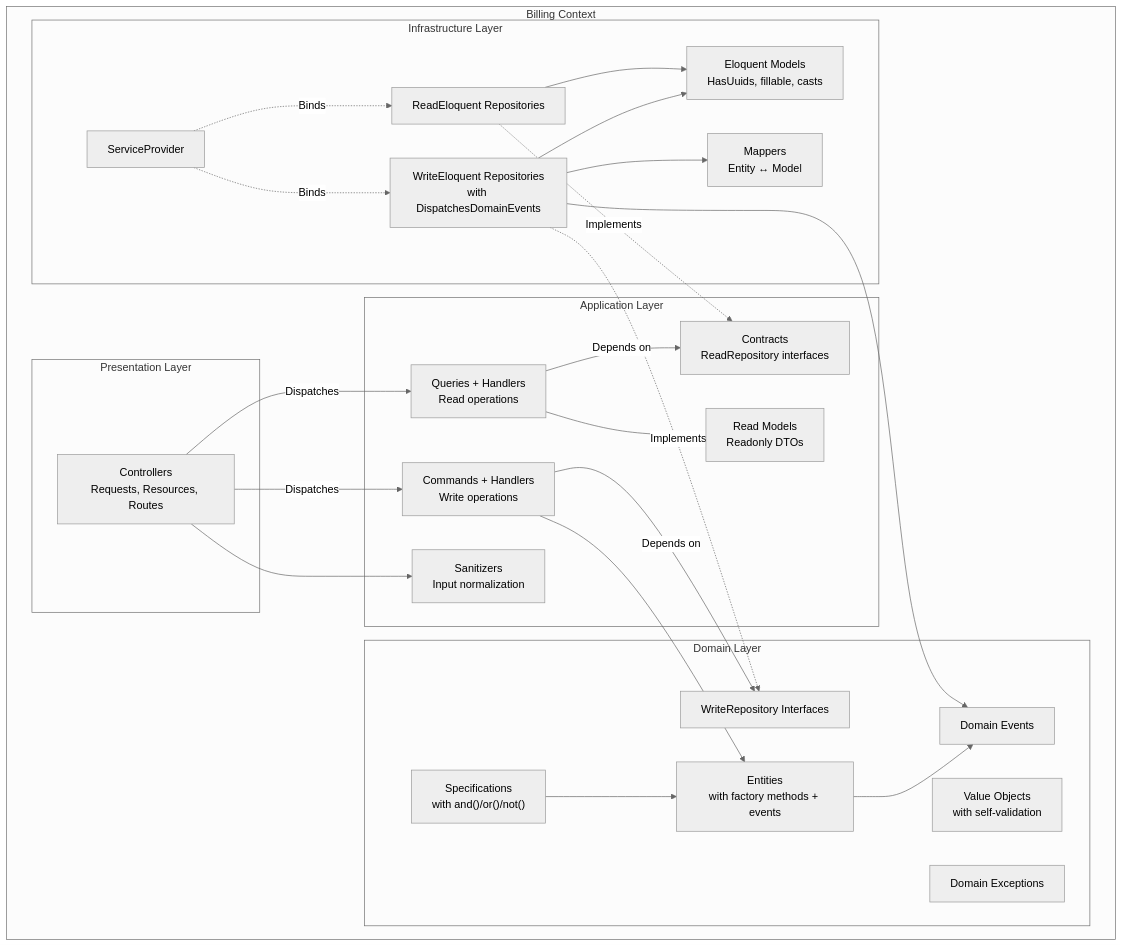
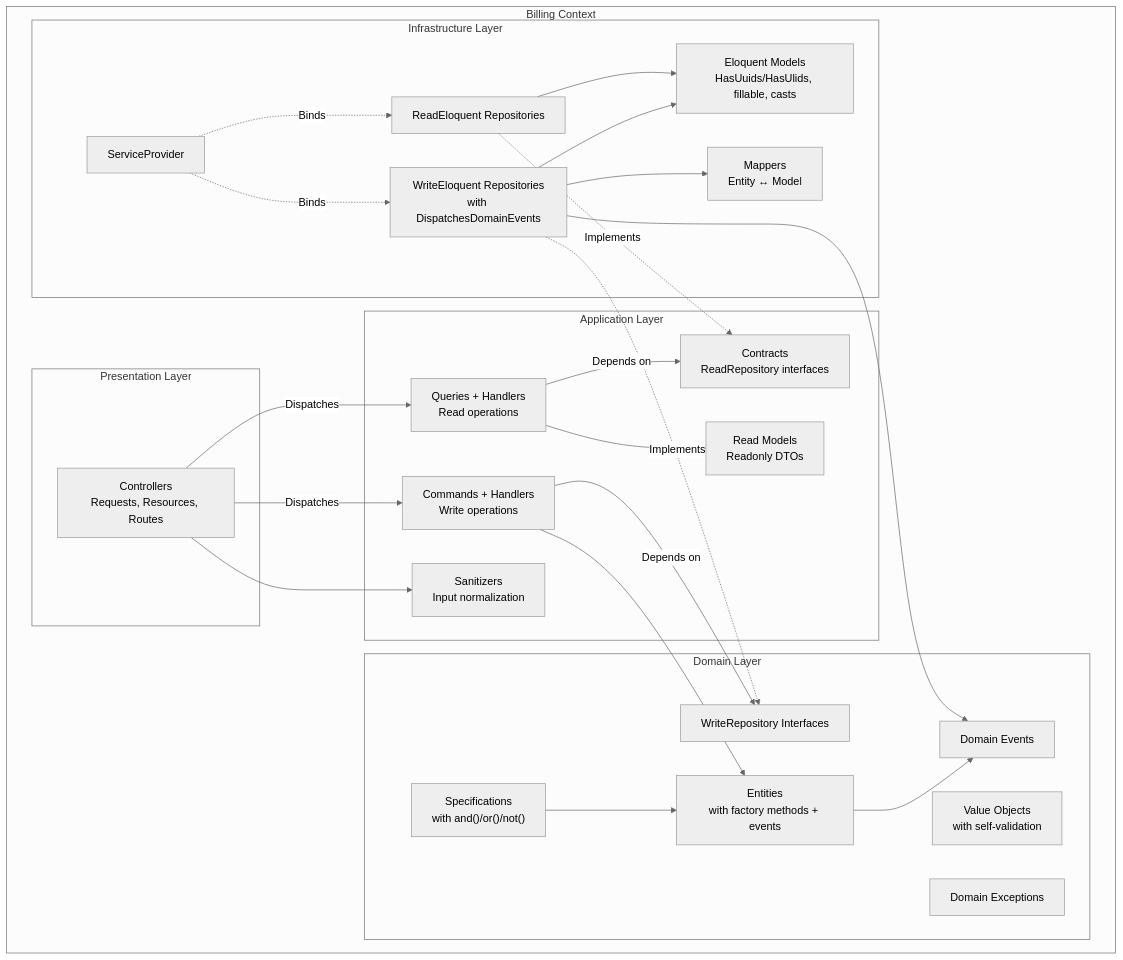
Before and after one commit to ElberCanoles/laravel-clean-architecture: the third of 4 diagrams in README.md, drawn with Mermaid (neutral theme). The commit also changed other lines of this file and 1 other file, not shown here.

````diff
--- a/README.md
+++ b/README.md
@@ -93,52 +93,52 @@
 ```mermaid
 flowchart TD
     subgraph Context ["Billing Context"]
 
         subgraph Presentation ["Presentation Layer"]
             Controllers["Controllers\nRequests, Resources, Routes"]
         end
 
         subgraph Application ["Application Layer"]
             Commands["Commands + Handlers\nWrite operations"]
             Queries["Queries + Handlers\nRead operations"]
             Contracts["Contracts\nReadRepository interfaces"]
             ReadModels["Read Models\nReadonly DTOs"]
             Sanitizers["Sanitizers\nInput normalization"]
         end
 
         subgraph Domain ["Domain Layer"]
             Entities["Entities\nwith factory methods + events"]
             ValueObjects["Value Objects\nwith self-validation"]
             WriteRepoInterfaces["WriteRepository Interfaces"]
             Specifications["Specifications\nwith and()/or()/not()"]
             Events["Domain Events"]
             Exceptions["Domain Exceptions"]
         end
 
         subgraph Infrastructure ["Infrastructure Layer"]
-            Models["Eloquent Models\nHasUuids, fillable, casts"]
+            Models["Eloquent Models\nHasUuids/HasUlids, fillable, casts"]
             WriteEloquent["WriteEloquent Repositories\nwith DispatchesDomainEvents"]
             ReadEloquent["ReadEloquent Repositories"]
             Mappers["Mappers\nEntity ↔ Model"]
             Provider["ServiceProvider"]
         end
     end
 
     Controllers -- "Dispatches" --> Commands
     Controllers -- "Dispatches" --> Queries
     Controllers --> Sanitizers
     Commands -- "Depends on" --> WriteRepoInterfaces
     Commands --> Entities
     Queries -- "Depends on" --> Contracts
     Queries --> ReadModels
     Entities --> Events
     Specifications --> Entities
     WriteEloquent -. "Implements" .-> WriteRepoInterfaces
     ReadEloquent -. "Implements" .-> Contracts
     WriteEloquent --> Mappers
     WriteEloquent --> Models
     ReadEloquent --> Models
     WriteEloquent --> Events
     Provider -. "Binds" .-> WriteEloquent
     Provider -. "Binds" .-> ReadEloquent
 ```
````
